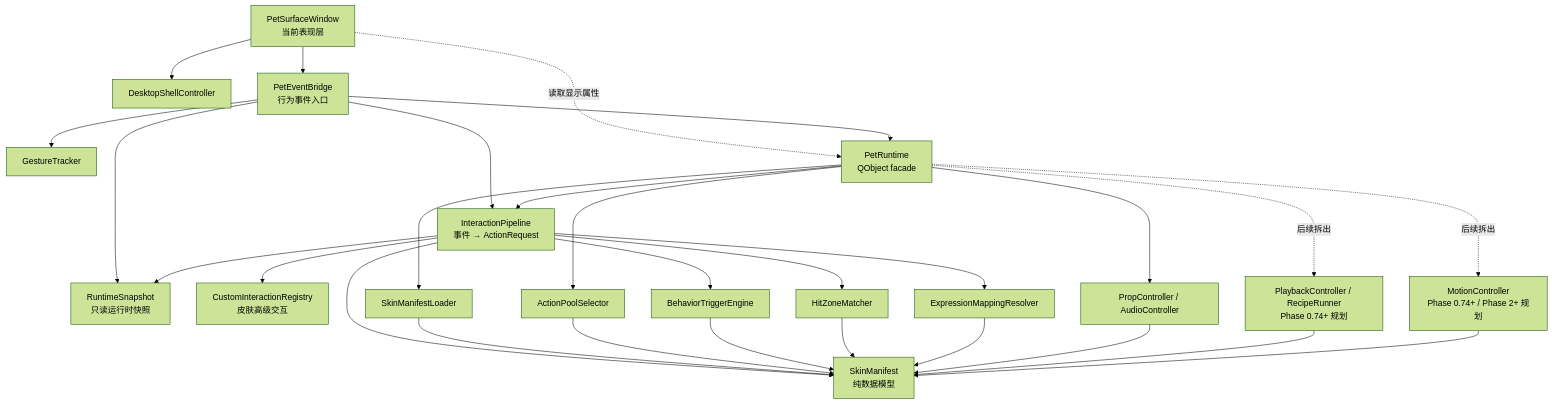
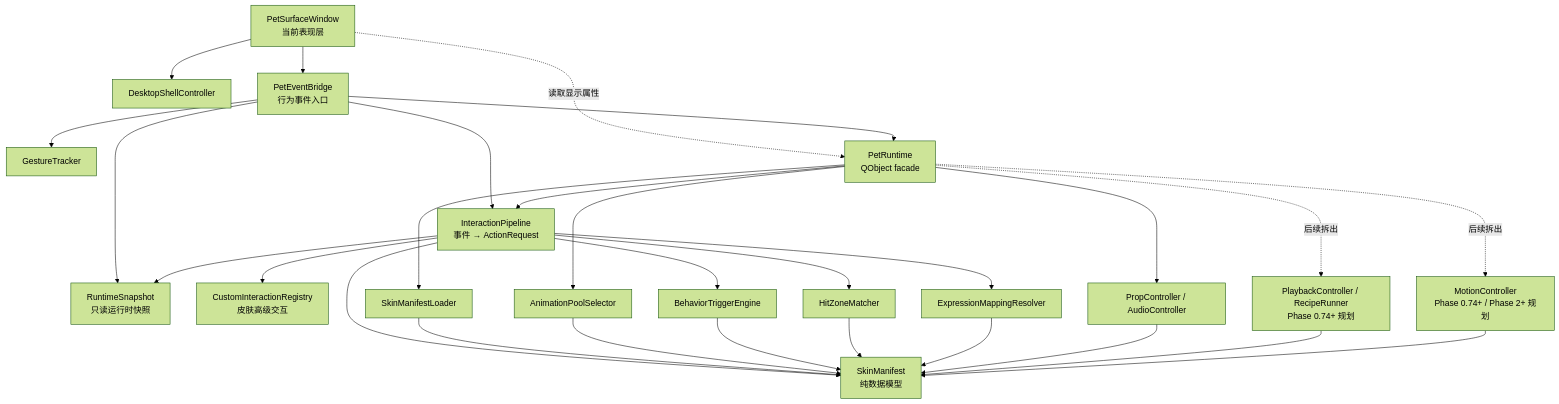
Before and after one commit to tiantian180/MilesEdgeworth: the first of 6 diagrams in docs/v2/设计方案/桌宠运行时职责拆分设计.md, drawn with Mermaid (forest theme). The commit also changed other lines of this file and 7 other files, not shown here.

````diff
--- a/docs/v2/设计方案/桌宠运行时职责拆分设计.md
+++ b/docs/v2/设计方案/桌宠运行时职责拆分设计.md
@@ -114,54 +112,54 @@
 ```mermaid
 flowchart TD
     Shell["DesktopShellController"]
     Surface["PetSurfaceWindow<br/>当前表现层"]
     Gesture["GestureTracker"]
     Bridge["PetEventBridge<br/>行为事件入口"]
     Snapshot["RuntimeSnapshot<br/>只读运行时快照"]
 
     Pipeline["InteractionPipeline<br/>事件 → ActionRequest"]
     Custom["CustomInteractionRegistry<br/>皮肤高级交互"]
     Expression["ExpressionMappingResolver"]
     Behavior["BehaviorTriggerEngine"]
     Hit["HitZoneMatcher"]
 
     Runtime["PetRuntime<br/>QObject facade"]
     Loader["SkinManifestLoader"]
-    Selection["ActionPoolSelector"]
+    Selection["AnimationPoolSelector"]
     Effects["PropController / AudioController"]
     Playback["PlaybackController / RecipeRunner<br/>Phase 0.74+ 规划"]
     Motion["MotionController<br/>Phase 0.74+ / Phase 2+ 规划"]
     Manifest["SkinManifest<br/>纯数据模型"]
 
     Surface -. 读取显示属性 .-> Runtime
     Surface --> Bridge
     Surface --> Shell
 
     Bridge --> Gesture
     Bridge --> Pipeline
     Bridge --> Snapshot
     Bridge --> Runtime
 
     Pipeline --> Custom
     Pipeline --> Expression
     Pipeline --> Behavior
     Pipeline --> Hit
     Pipeline --> Manifest
     Pipeline --> Snapshot
 
     Runtime --> Pipeline
     Runtime --> Loader
     Runtime --> Selection
     Runtime --> Effects
     Runtime -. 后续拆出 .-> Playback
     Runtime -. 后续拆出 .-> Motion
 
     Loader --> Manifest
     Selection --> Manifest
     Behavior --> Manifest
     Hit --> Manifest
     Expression --> Manifest
     Effects --> Manifest
     Playback --> Manifest
     Motion --> Manifest
 ```
````
